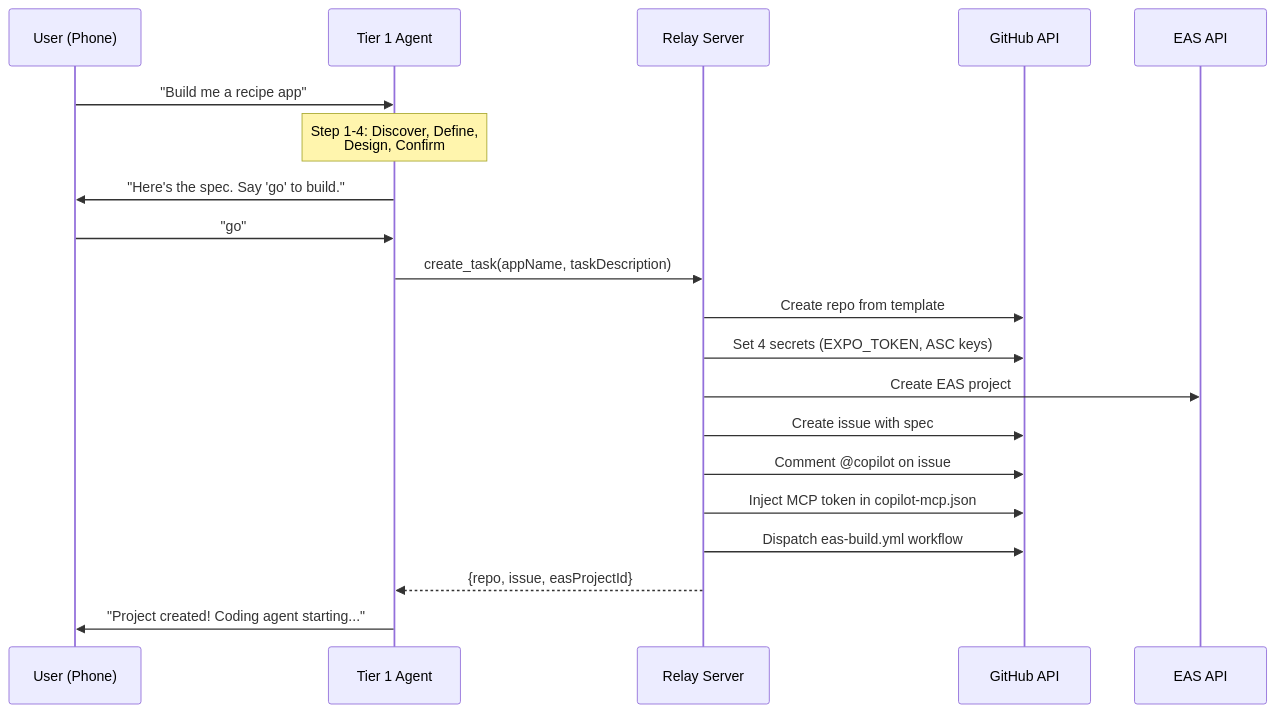
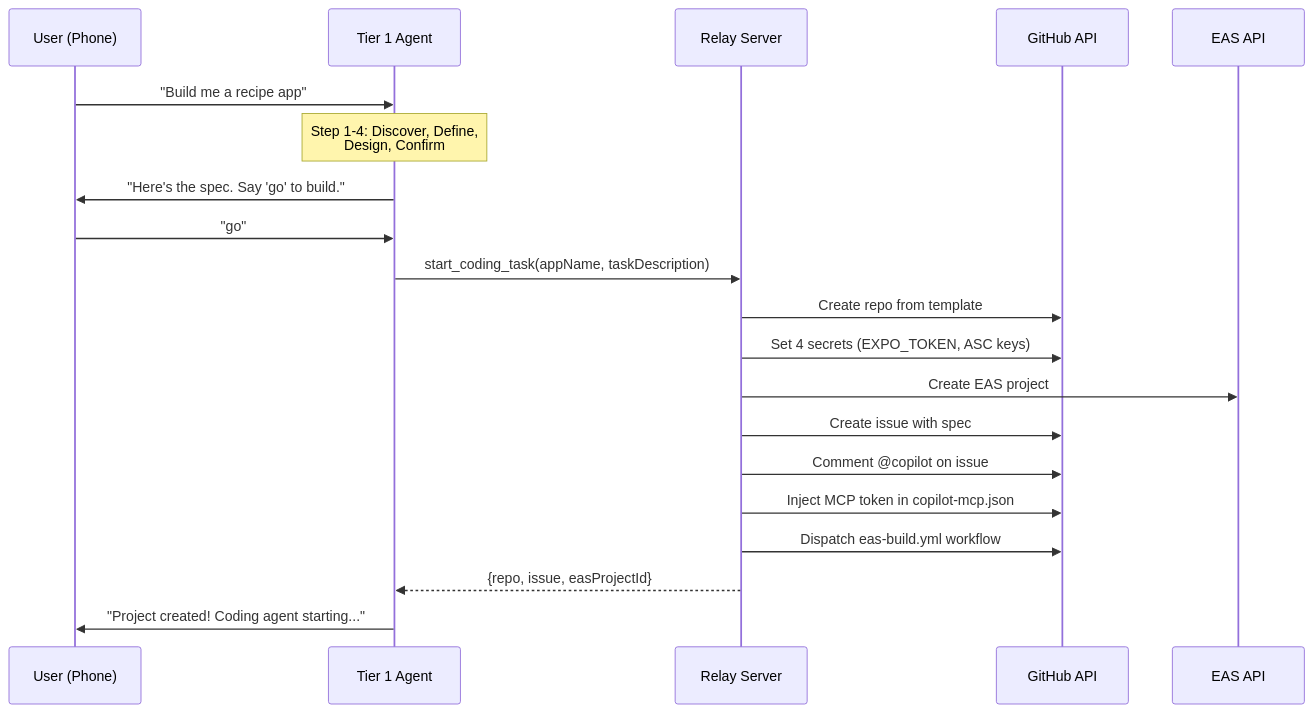
Before and after one commit to lalalic/neox: the third of 5 diagrams in docs/remote-project-dev-design-full.md, drawn with Mermaid. The commit also changed other lines of this file and 3 other files, not shown here.

First line of the commit message:
refactor: remove buildSystemPrompt fallback, rename create_task in docs

````diff
--- a/docs/remote-project-dev-design-full.md
+++ b/docs/remote-project-dev-design-full.md
@@ -109,23 +109,23 @@
 ```mermaid
 sequenceDiagram
     participant U as User (Phone)
     participant A as Tier 1 Agent
     participant R as Relay Server
     participant GH as GitHub API
     participant EAS as EAS API
 
     U->>A: "Build me a recipe app"
     Note over A: Step 1-4: Discover, Define,<br/>Design, Confirm
     A->>U: "Here's the spec. Say 'go' to build."
     U->>A: "go"
-    A->>R: create_task(appName, taskDescription)
+    A->>R: start_coding_task(appName, taskDescription)
     R->>GH: Create repo from template
     R->>GH: Set 4 secrets (EXPO_TOKEN, ASC keys)
     R->>EAS: Create EAS project
     R->>GH: Create issue with spec
     R->>GH: Comment @copilot on issue
     R->>GH: Inject MCP token in copilot-mcp.json
     R->>GH: Dispatch eas-build.yml workflow
     R-->>A: {repo, issue, easProjectId}
     A->>U: "Project created! Coding agent starting..."
 ```
````
